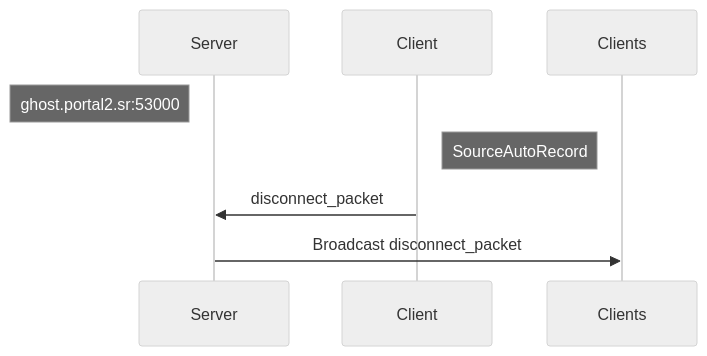
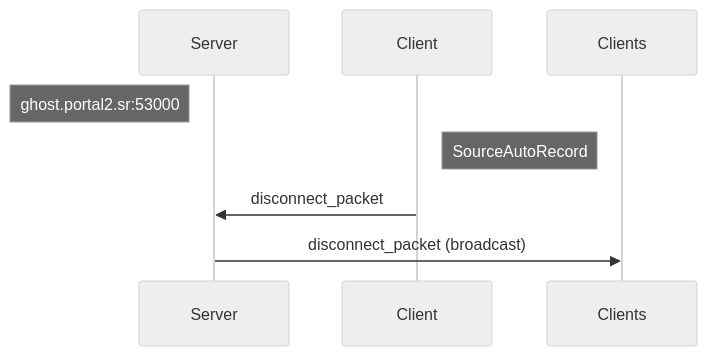
One commit to NeKzor/ghosting changed the second of 4 diagrams in README.md. Above: the diagram before and after it, drawn with Mermaid (neutral theme). The commit also changed other lines of this file and 5 other files, not shown here.

````diff
--- a/README.md
+++ b/README.md
@@ -126,12 +128,12 @@
 ```mermaid
 sequenceDiagram
     participant Server
     Note left of Server: ghost.portal2.sr:53000
     participant Client
     Note right of Client: SourceAutoRecord
     participant Clients
 
     Client->>Server: disconnect_packet
 
-    Server->>Clients: Broadcast disconnect_packet
+    Server->>Clients: disconnect_packet (broadcast)
 ```
````
